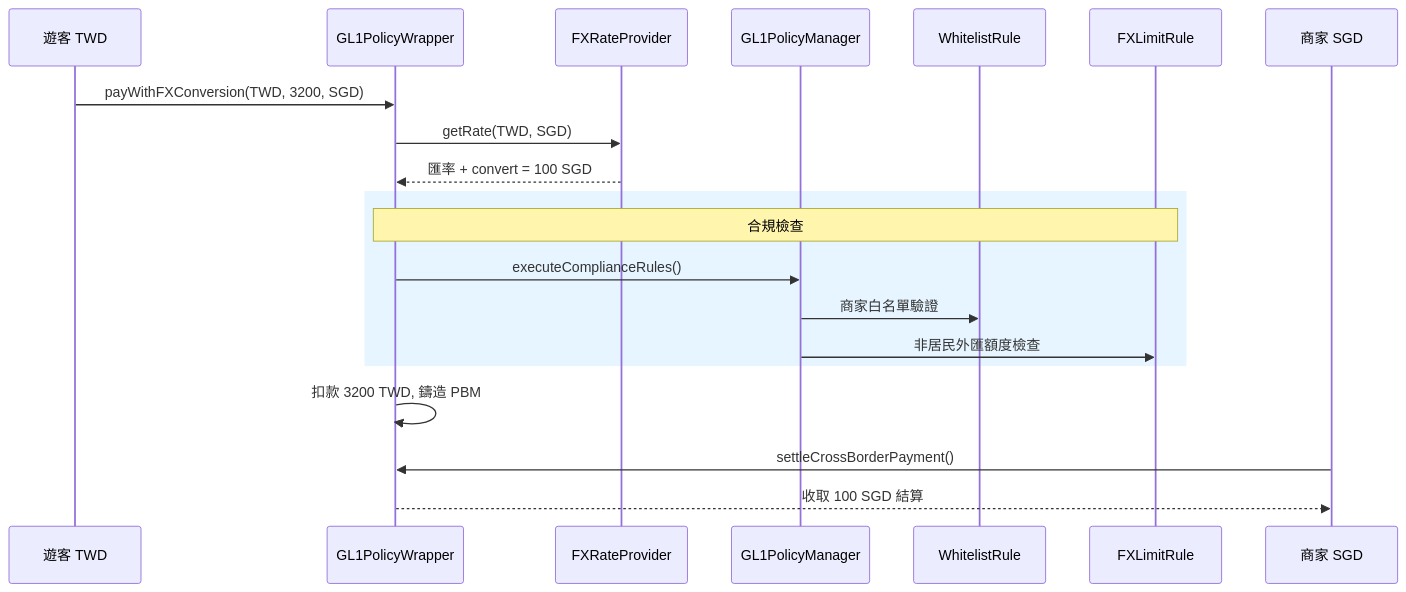
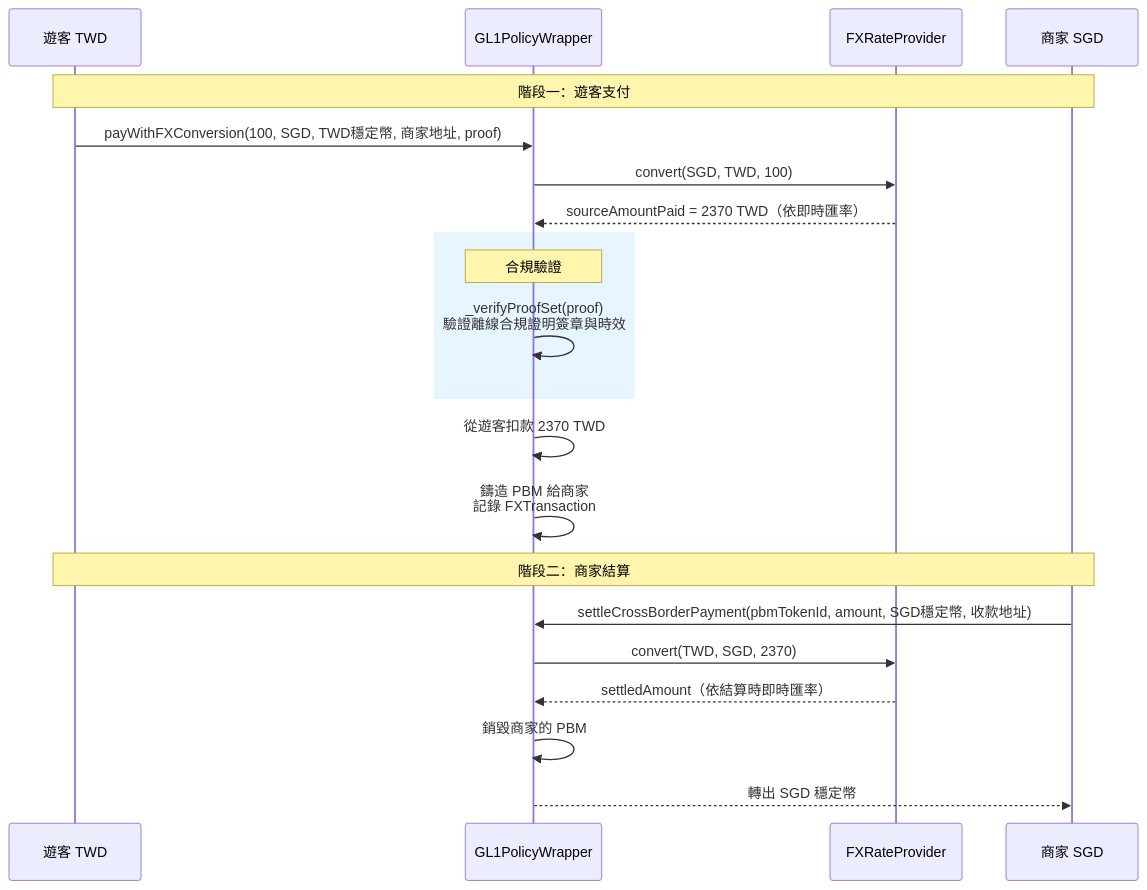
The fourth of 5 diagrams in docs/chapter3_system_design.md (pomesqb/pbm-gl1), drawn with Mermaid before and after one commit. The commit also changed other lines of this file, not shown here.

Commit message:
文件更新

````diff
--- a/docs/chapter3_system_design.md
+++ b/docs/chapter3_system_design.md
@@ -334,25 +340,29 @@
 ```mermaid
 sequenceDiagram
     participant Tourist as 遊客 TWD
     participant PW as GL1PolicyWrapper
     participant FXP as FXRateProvider
-    participant PM as GL1PolicyManager
-    participant WL as WhitelistRule
-    participant FXL as FXLimitRule
     participant Merchant as 商家 SGD
 
-    Tourist->>PW: payWithFXConversion(TWD, 3200, SGD)
-    PW->>FXP: getRate(TWD, SGD)
-    FXP-->>PW: 匯率 + convert = 100 SGD
+    Note over Tourist,Merchant: 階段一：遊客支付
+
+    Tourist->>PW: payWithFXConversion(100, SGD, TWD穩定幣, 商家地址, proof)
+    PW->>FXP: convert(SGD, TWD, 100)
+    FXP-->>PW: sourceAmountPaid = 2370 TWD（依即時匯率）
 
     rect rgb(230, 245, 255)
-        Note over PW,FXL: 合規檢查
-        PW->>PM: executeComplianceRules()
-        PM->>WL: 商家白名單驗證
-        PM->>FXL: 非居民外匯額度檢查
+        Note over PW: 合規驗證
+        PW->>PW: _verifyProofSet(proof)<br/>驗證離線合規證明簽章與時效
     end
 
-    PW->>PW: 扣款 3200 TWD, 鑄造 PBM
-    Merchant->>PW: settleCrossBorderPayment()
-    PW-->>Merchant: 收取 100 SGD 結算
+    PW->>PW: 從遊客扣款 2370 TWD
+    PW->>PW: 鑄造 PBM 給商家<br/>記錄 FXTransaction
+
+    Note over Tourist,Merchant: 階段二：商家結算
+
+    Merchant->>PW: settleCrossBorderPayment(pbmTokenId, amount, SGD穩定幣, 收款地址)
+    PW->>FXP: convert(TWD, SGD, 2370)
+    FXP-->>PW: settledAmount（依結算時即時匯率）
+    PW->>PW: 銷毀商家的 PBM
+    PW-->>Merchant: 轉出 SGD 穩定幣
 ```
````
